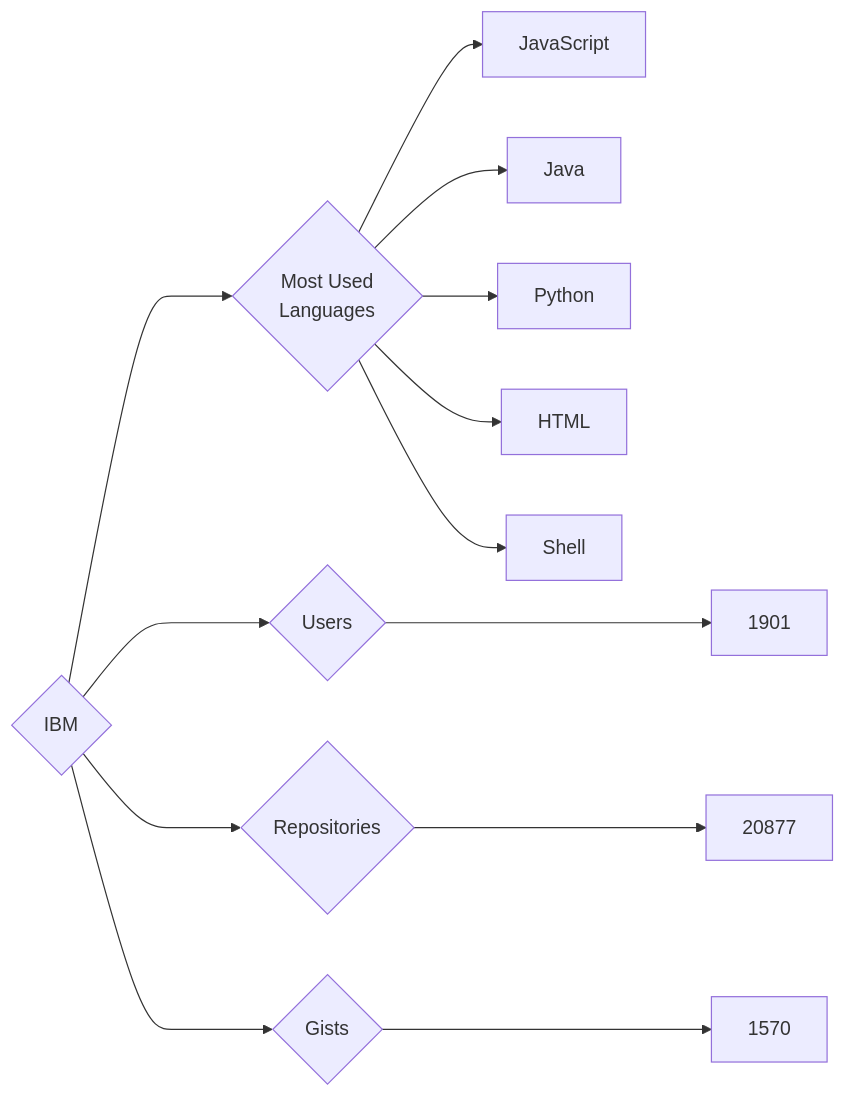
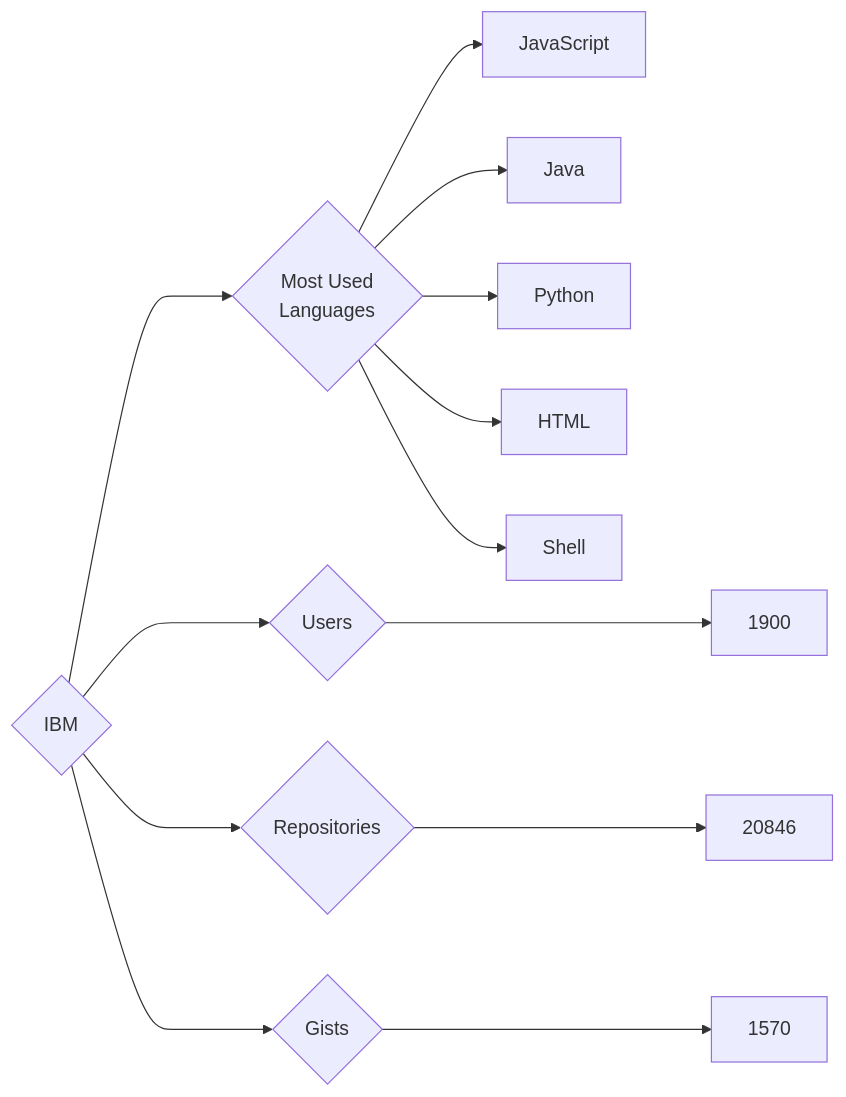
The diagram in targets/IBM/README.md (trickest/insiders), drawn with Mermaid before and after one commit. The commit also changed 1314 other files, not shown here.

````diff
--- a/targets/IBM/README.md
+++ b/targets/IBM/README.md
@@ -3,13 +3,13 @@
 ```mermaid
 graph LR
 COMPANY_NAME{IBM}
-COMPANY_NAME ---> U{Users} ---> UN[1901]
-COMPANY_NAME ---> R{Repositories} ---> RN[20877]
+COMPANY_NAME ---> U{Users} ---> UN[1900]
+COMPANY_NAME ---> R{Repositories} ---> RN[20846]
 COMPANY_NAME ---> G{Gists} ---> GN[1570]
 COMPANY_NAME ---> ML{Most Used<br>Languages}
 ML --> JavaScript[JavaScript]
 ML --> Java[Java]
 ML --> Python[Python]
 ML --> HTML[HTML]
 ML --> Shell[Shell]
 ```
````
